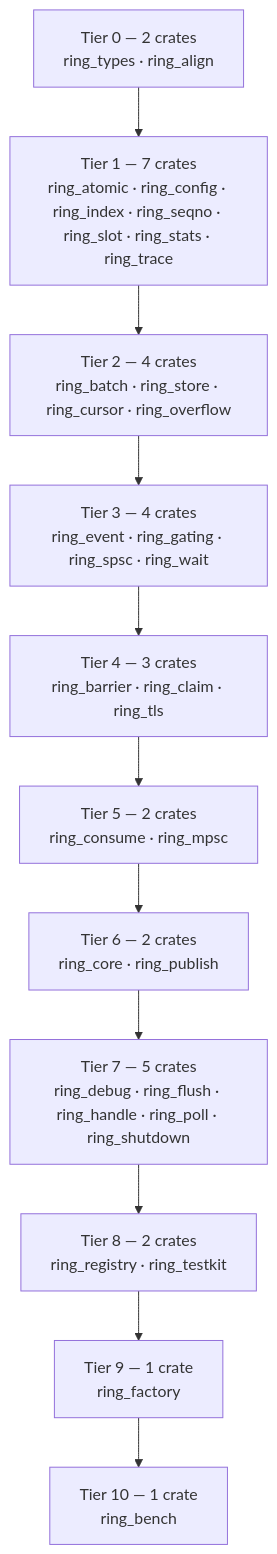
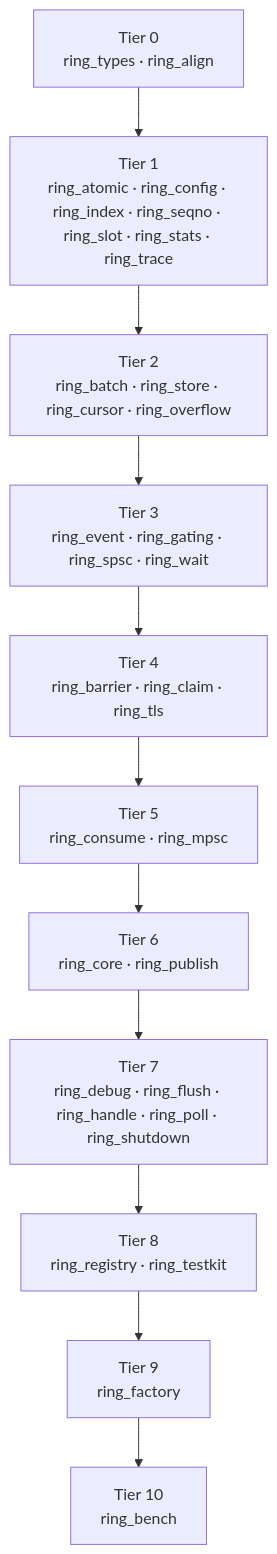
The diagram in readme.md (Wandalen/ring), drawn with Mermaid before and after one commit. The commit also changed other lines of this file and 3 other files, not shown here.

````diff
--- a/readme.md
+++ b/readme.md
@@ -61,15 +56,15 @@
 ```mermaid
 graph TD
-    T0["Tier 0 — 2 crates<br/>ring_types · ring_align"]
-    T1["Tier 1 — 7 crates<br/>ring_atomic · ring_config · ring_index · ring_seqno · ring_slot · ring_stats · ring_trace"]
-    T2["Tier 2 — 4 crates<br/>ring_batch · ring_store · ring_cursor · ring_overflow"]
-    T3["Tier 3 — 4 crates<br/>ring_event · ring_gating · ring_spsc · ring_wait"]
-    T4["Tier 4 — 3 crates<br/>ring_barrier · ring_claim · ring_tls"]
-    T5["Tier 5 — 2 crates<br/>ring_consume · ring_mpsc"]
-    T6["Tier 6 — 2 crates<br/>ring_core · ring_publish"]
-    T7["Tier 7 — 5 crates<br/>ring_debug · ring_flush · ring_handle · ring_poll · ring_shutdown"]
-    T8["Tier 8 — 2 crates<br/>ring_registry · ring_testkit"]
-    T9["Tier 9 — 1 crate<br/>ring_factory"]
-    T10["Tier 10 — 1 crate<br/>ring_bench"]
+    T0["Tier 0<br/>ring_types · ring_align"]
+    T1["Tier 1<br/>ring_atomic · ring_config · ring_index · ring_seqno · ring_slot · ring_stats · ring_trace"]
+    T2["Tier 2<br/>ring_batch · ring_store · ring_cursor · ring_overflow"]
+    T3["Tier 3<br/>ring_event · ring_gating · ring_spsc · ring_wait"]
+    T4["Tier 4<br/>ring_barrier · ring_claim · ring_tls"]
+    T5["Tier 5<br/>ring_consume · ring_mpsc"]
+    T6["Tier 6<br/>ring_core · ring_publish"]
+    T7["Tier 7<br/>ring_debug · ring_flush · ring_handle · ring_poll · ring_shutdown"]
+    T8["Tier 8<br/>ring_registry · ring_testkit"]
+    T9["Tier 9<br/>ring_factory"]
+    T10["Tier 10<br/>ring_bench"]
     T0 --> T1 --> T2 --> T3 --> T4 --> T5 --> T6 --> T7 --> T8 --> T9 --> T10
 ```
````
